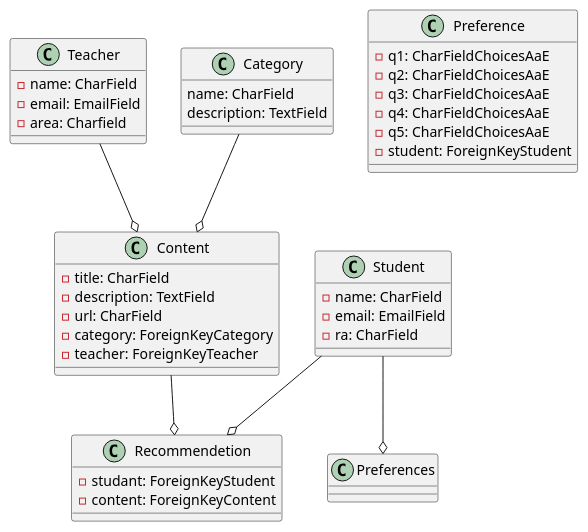
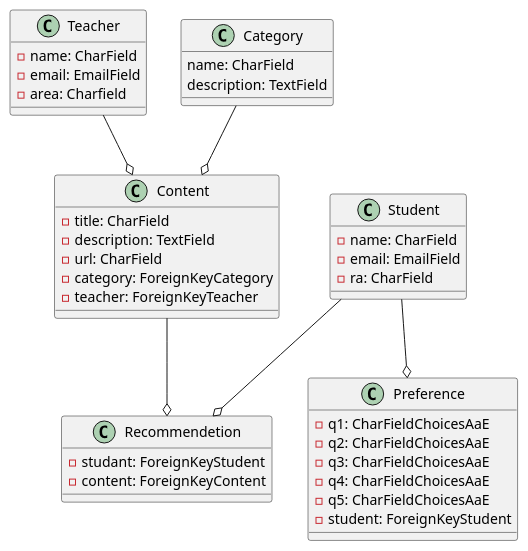
The diagram in docs/diagrama_classes.plantuml (anleaes/recommendationapp), drawn with PlantUML before and after one commit. The commit also changed 1 other file, not shown here.

```diff
--- a/docs/diagrama_classes.plantuml
+++ b/docs/diagrama_classes.plantuml
@@ -1,50 +1,50 @@
 @startuml
 
 
 class Teacher{
 -name: CharField
 -email: EmailField
 -area: Charfield
 }
 
 class Student{
 -name: CharField
 -email: EmailField
 -ra: CharField
 }
 
 class Preference{
 -q1: CharFieldChoicesAaE
 -q2: CharFieldChoicesAaE
 -q3: CharFieldChoicesAaE
 -q4: CharFieldChoicesAaE
 -q5: CharFieldChoicesAaE
 -student: ForeignKeyStudent
 }
 
 class Content{
 -title: CharField
 -description: TextField
 -url: CharField
 -category: ForeignKeyCategory
 -teacher: ForeignKeyTeacher
 }
 
 class Category{
  name: CharField
  description: TextField
 }
 
 class Recommendetion{
 -studant: ForeignKeyStudent
 -content: ForeignKeyContent
 }
 
 
 Teacher --o Content
 Category --o Content
 Student --o Recommendetion
-Student --o Preferences
+Student --o Preference
 Content --o Recommendetion
 
 @enduml
```
